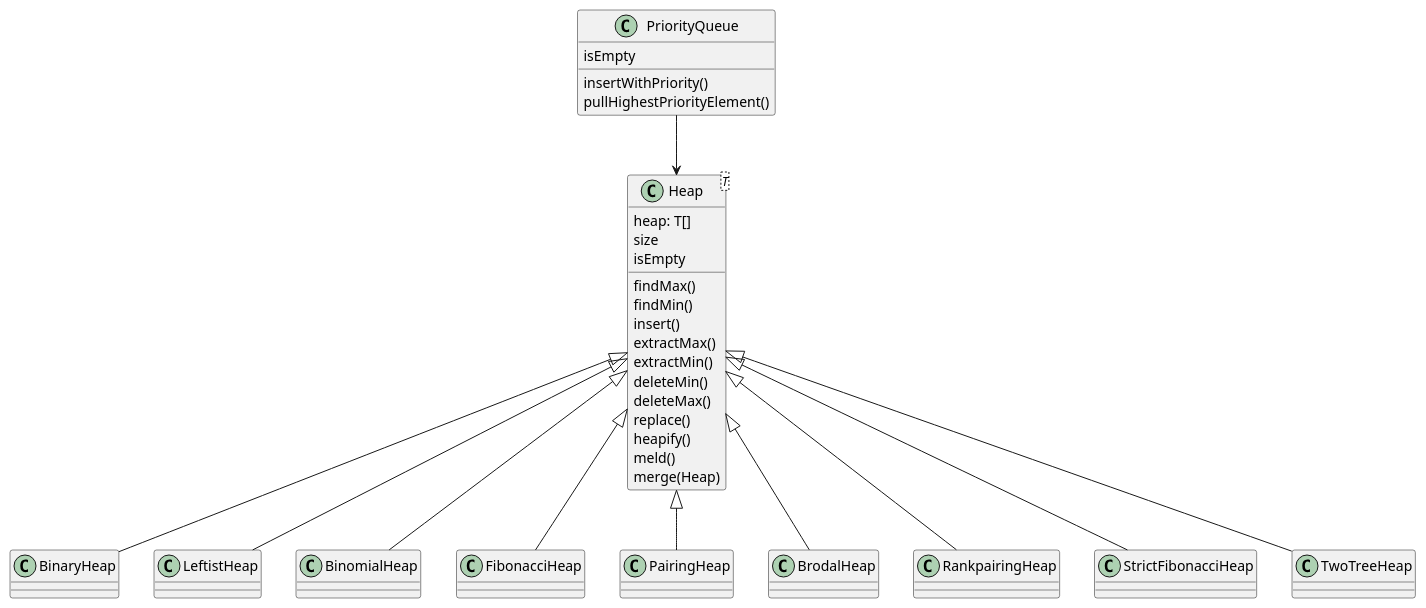
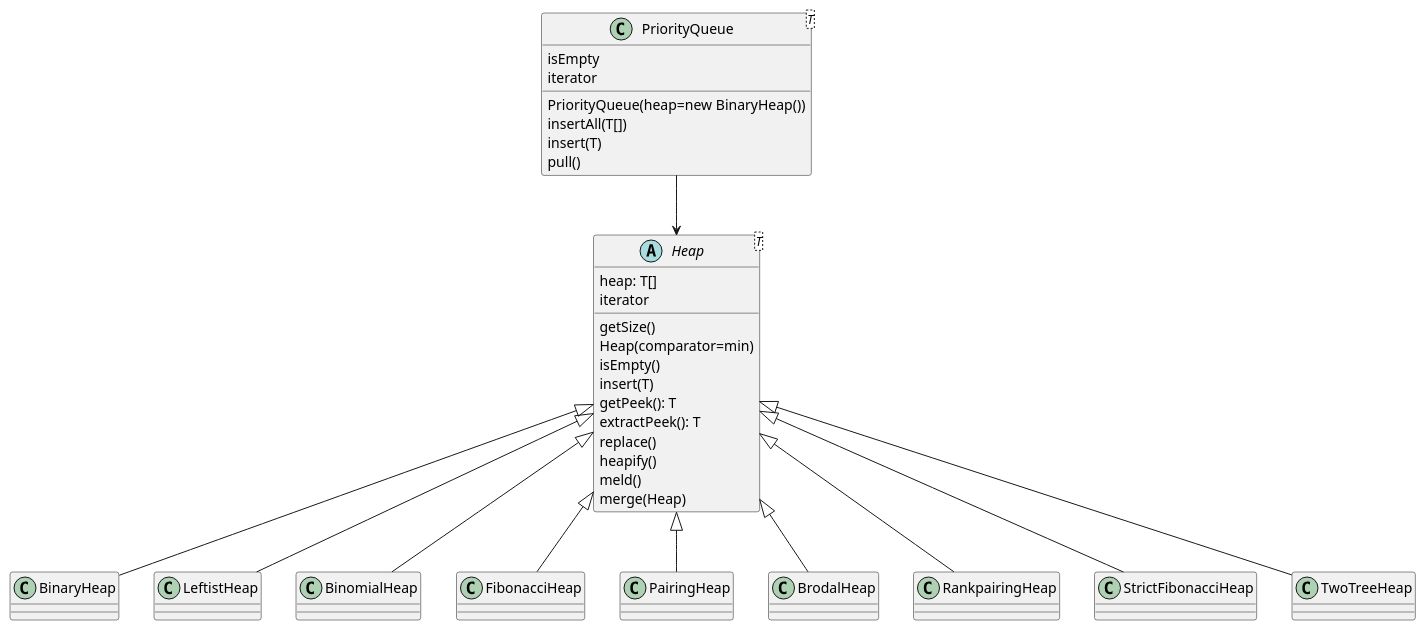
One commit to sanchezcarlosjr/graph-theory-on-maze changed the diagram in docs/data_structures.puml. Above: the diagram before and after it, drawn with PlantUML. The commit also changed 4 other files, not shown here.

Commit message:
feat(): build binary heap

```diff
--- a/docs/data_structures.puml
+++ b/docs/data_structures.puml
@@ -1,37 +1,37 @@
 @startuml
-'https://plantuml.com/class-diagram
-class PriorityQueue {
+class PriorityQueue<T> {
  isEmpty
- insertWithPriority()
- pullHighestPriorityElement()
+ PriorityQueue(heap=new BinaryHeap())
+ insertAll(T[])
+ insert(T)
+ pull()
+ iterator
 }
 
 PriorityQueue --> Heap
-class Heap<T> {
+abstract class Heap<T> {
   heap: T[]
-  size
-  isEmpty
-  findMax()
-  findMin()
-  insert()
-  extractMax()
-  extractMin()
-  deleteMin()
-  deleteMax()
+  getSize()
+  Heap(comparator=min)
+  isEmpty()
+  insert(T)
+  getPeek(): T
+  extractPeek(): T
   replace()
   heapify()
+  iterator
   meld()
   merge(Heap)
 }
 
 class BinaryHeap extends Heap
 class LeftistHeap extends Heap
 class BinomialHeap extends Heap
 class FibonacciHeap extends Heap
 class PairingHeap extends Heap
 class BrodalHeap extends Heap
 class RankpairingHeap extends Heap
 class StrictFibonacciHeap extends Heap
 class TwoTreeHeap extends Heap
 
 @enduml
```
